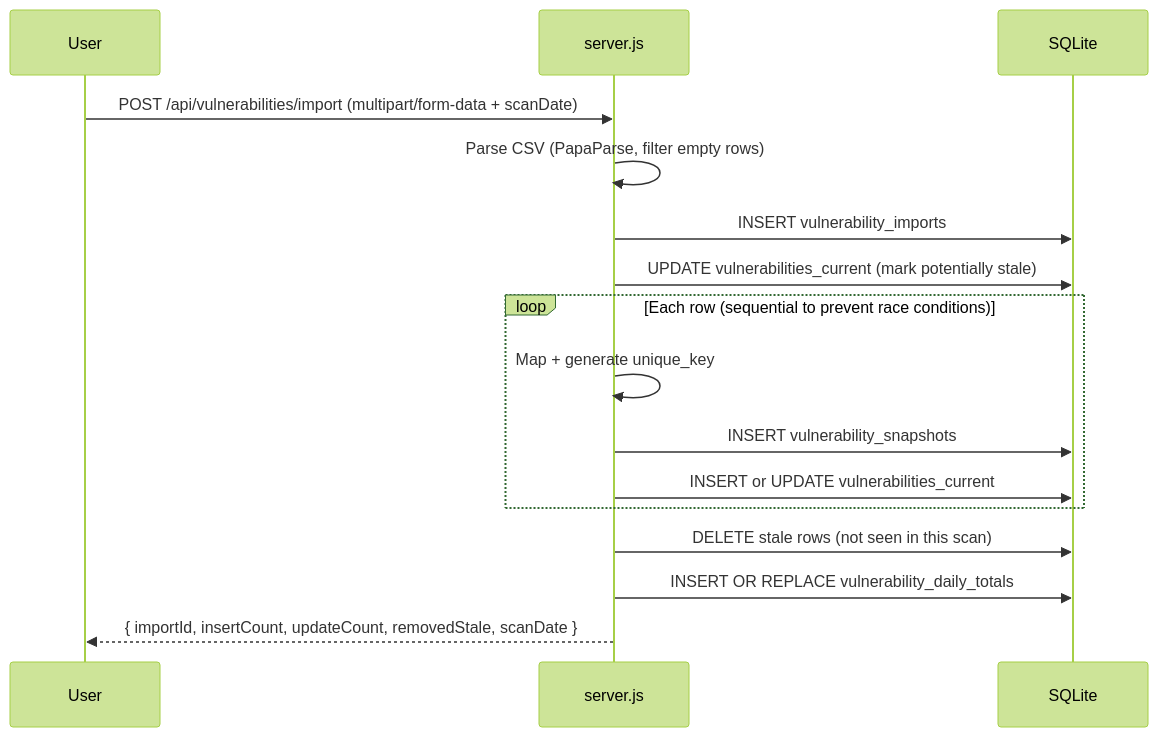
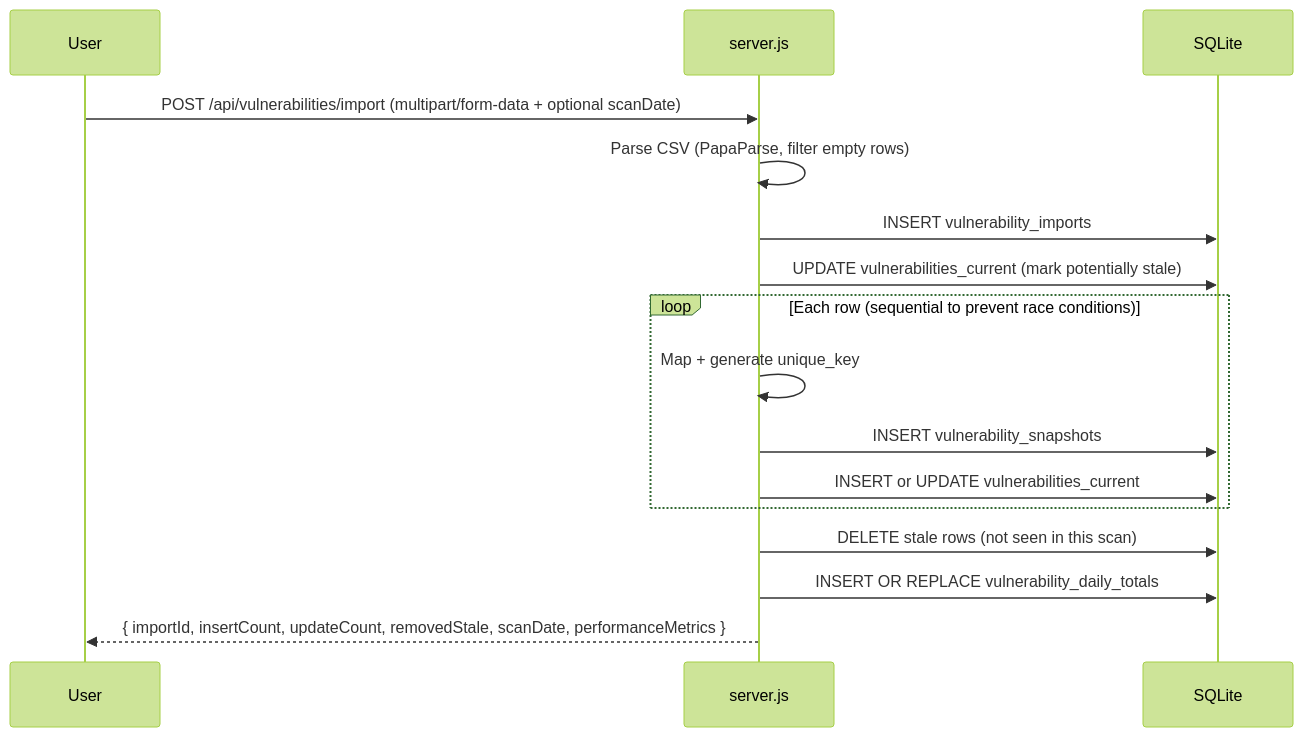
The first of 3 diagrams in app/public/docs-source/architecture/backend.md (lbruton/HexTrackr), drawn with Mermaid (forest theme) before and after one commit. The commit also changed other lines of this file and 53 other files, not shown here.

````diff
--- a/app/public/docs-source/architecture/backend.md
+++ b/app/public/docs-source/architecture/backend.md
@@ -93,19 +93,19 @@
 ```mermaid
 sequenceDiagram
     participant User
     participant API as server.js
     participant DB as SQLite
 
-    User->>API: POST /api/vulnerabilities/import (multipart/form-data + scanDate)
+    User->>API: POST /api/vulnerabilities/import (multipart/form-data + optional scanDate)
     API->>API: Parse CSV (PapaParse, filter empty rows)
     API->>DB: INSERT vulnerability_imports
     API->>DB: UPDATE vulnerabilities_current (mark potentially stale)
     loop Each row (sequential to prevent race conditions)
         API->>API: Map + generate unique_key
         API->>DB: INSERT vulnerability_snapshots
         API->>DB: INSERT or UPDATE vulnerabilities_current
     end
     API->>DB: DELETE stale rows (not seen in this scan)
     API->>DB: INSERT OR REPLACE vulnerability_daily_totals
-    API-->>User: { importId, insertCount, updateCount, removedStale, scanDate }
+    API-->>User: { importId, insertCount, updateCount, removedStale, scanDate, performanceMetrics }
 ```
````
